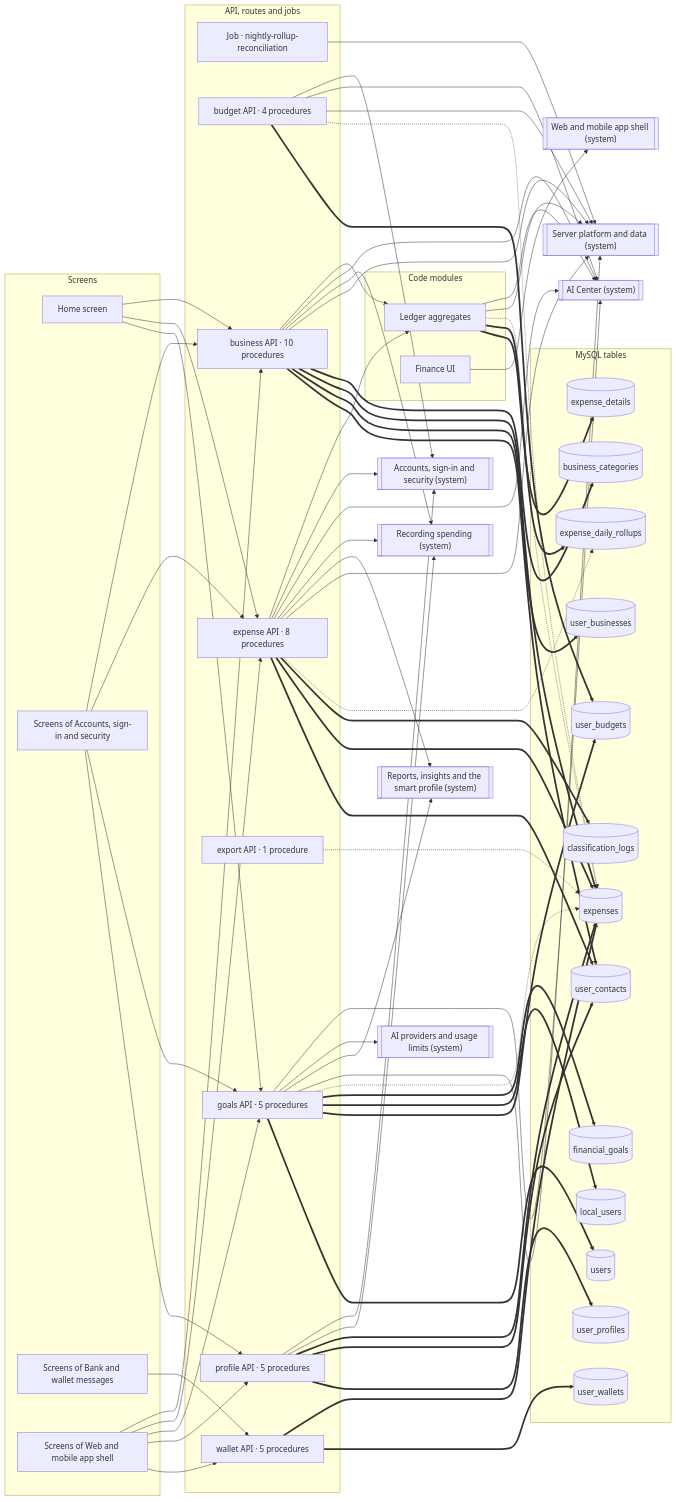
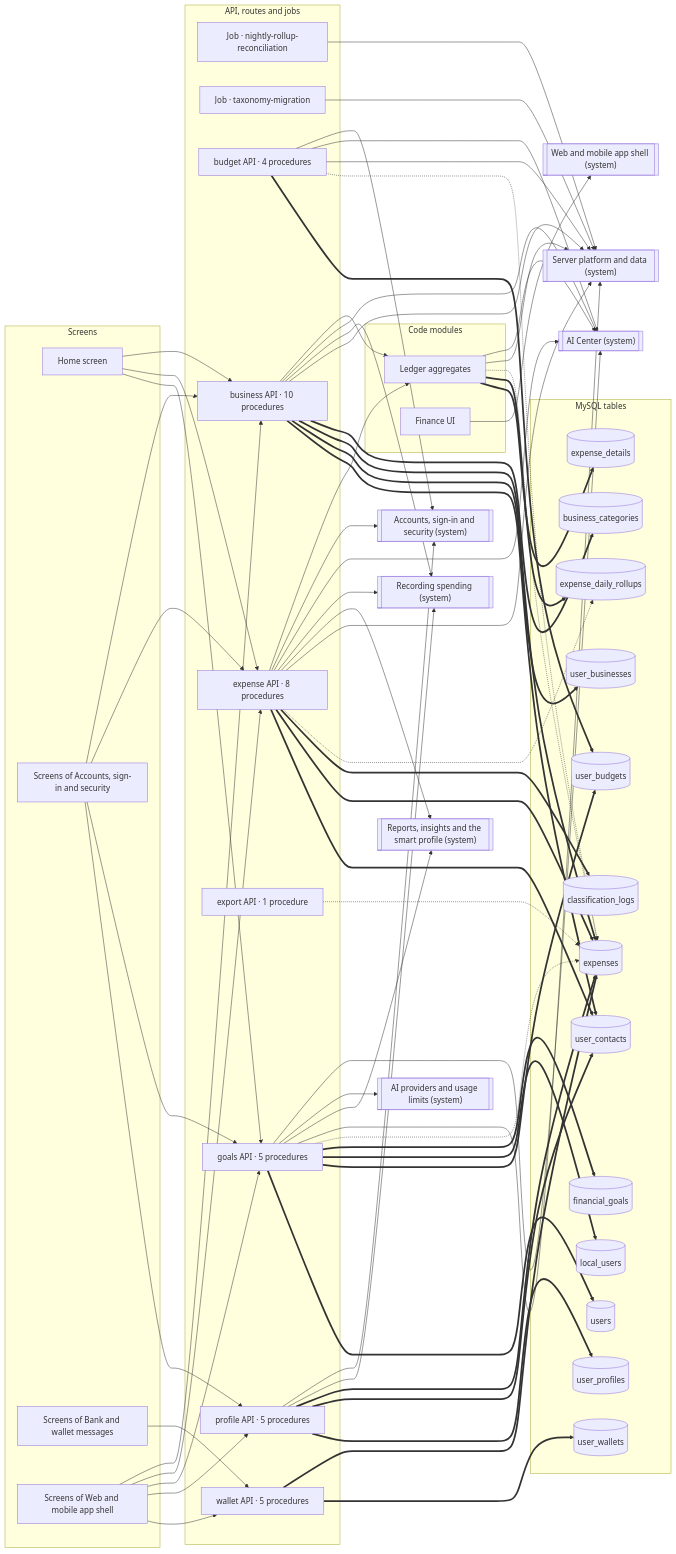
Before and after one commit to mahmoudtaherr111/smartspend_mini_all: the diagram in docs/atlas/systems/money.md, drawn with Mermaid. The commit also changed other lines of this file and 78 other files, not shown here.

```diff
--- a/docs/atlas/systems/money.md
+++ b/docs/atlas/systems/money.md
@@ -20,6 +20,7 @@
   end
   subgraph g_api["API, routes and jobs"]
     job_nightly_rollup_reconciliation["Job · nightly-rollup-reconciliation"]
+    job_taxonomy_migration["Job · taxonomy-migration"]
     router_budget["budget API · 4 procedures"]
     router_business["business API · 10 procedures"]
     router_expense["expense API · 8 procedures"]
@@ -55,6 +56,7 @@
   sys_platform[["Server platform and data (system)"]]
   sys_web_app[["Web and mobile app shell (system)"]]
   job_nightly_rollup_reconciliation --> sys_platform
+  job_taxonomy_migration --> sys_platform
   mod_ledger --> sys_ai_center
   mod_ledger --> sys_platform
   mod_ledger -.-> tbl_expenses
```
